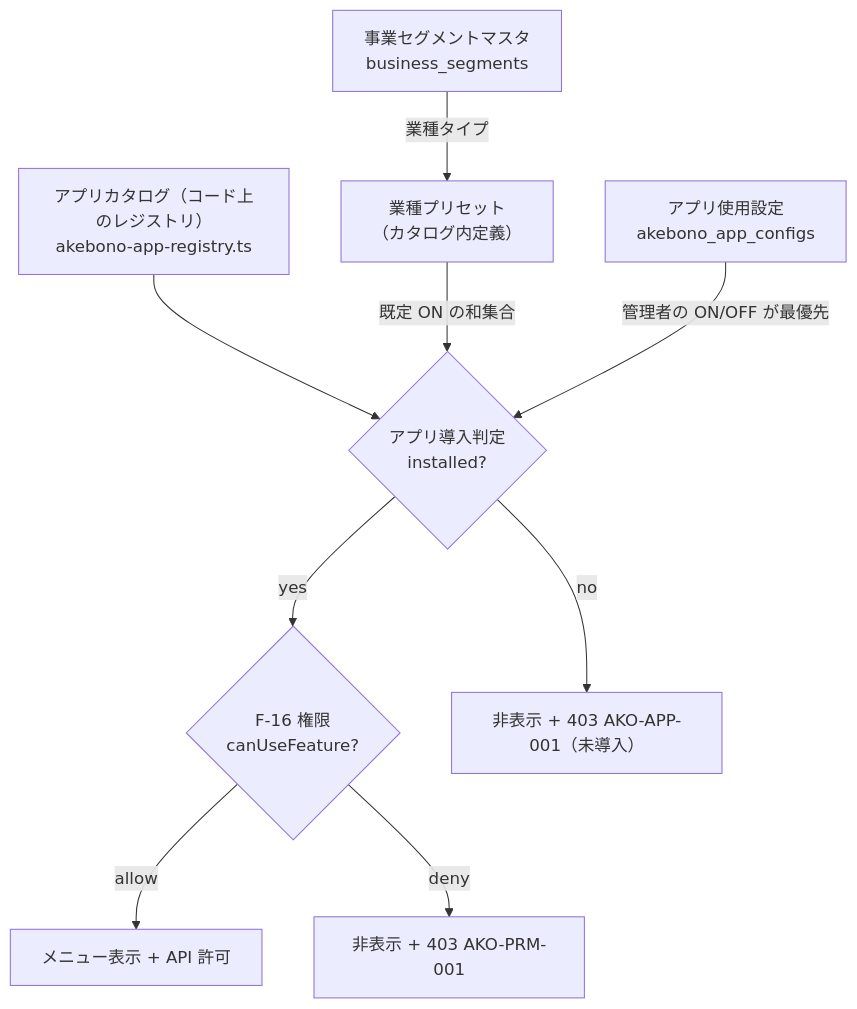
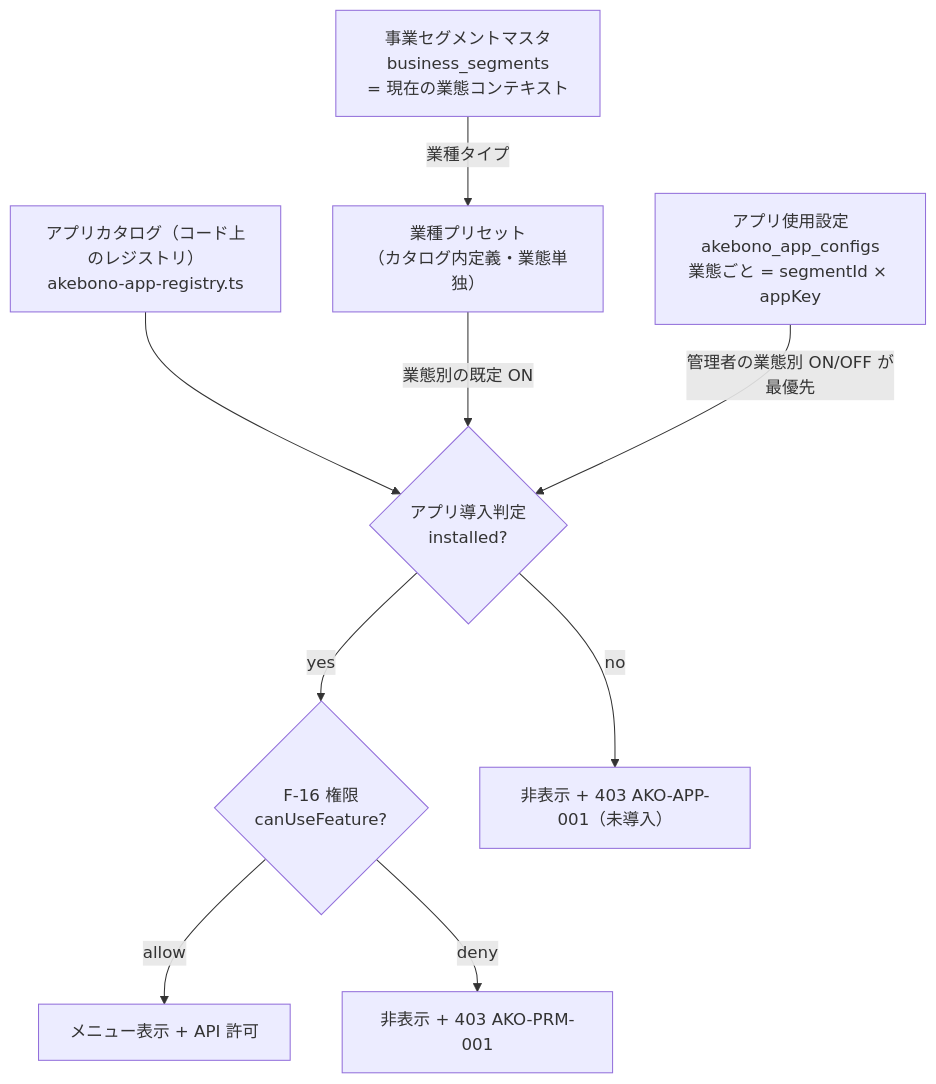
Before and after one commit to TSUNAGUBA/akebono-office: the second of 7 diagrams in .ai-native/outputs/phase5/akebono-menu-design.md, drawn with Mermaid. The commit also changed other lines of this file and 23 other files, not shown here.

````diff
--- a/.ai-native/outputs/phase5/akebono-menu-design.md
+++ b/.ai-native/outputs/phase5/akebono-menu-design.md
@@ -80,11 +80,11 @@
 ```mermaid
 flowchart TD
     CAT[アプリカタログ（コード上のレジストリ）<br/>akebono-app-registry.ts] --> RES
-    SEG[事業セグメントマスタ<br/>business_segments] -->|業種タイプ| PRE[業種プリセット<br/>（カタログ内定義）]
-    PRE -->|既定 ON の和集合| RES
-    CFG[アプリ使用設定<br/>akebono_app_configs] -->|管理者の ON/OFF が最優先| RES
+    SEG[事業セグメントマスタ<br/>business_segments<br/>= 現在の業態コンテキスト] -->|業種タイプ| PRE[業種プリセット<br/>（カタログ内定義・業態単独）]
+    PRE -->|業態別の既定 ON| RES
+    CFG[アプリ使用設定<br/>akebono_app_configs<br/>業態ごと = segmentId × appKey] -->|管理者の業態別 ON/OFF が最優先| RES
     RES{アプリ導入判定<br/>installed?} -->|yes| PERM{F-16 権限<br/>canUseFeature?}
     PERM -->|allow| MENU[メニュー表示 + API 許可]
     PERM -->|deny| HIDE1[非表示 + 403 AKO-PRM-001]
     RES -->|no| HIDE2[非表示 + 403 AKO-APP-001（未導入）]
 ```
````
